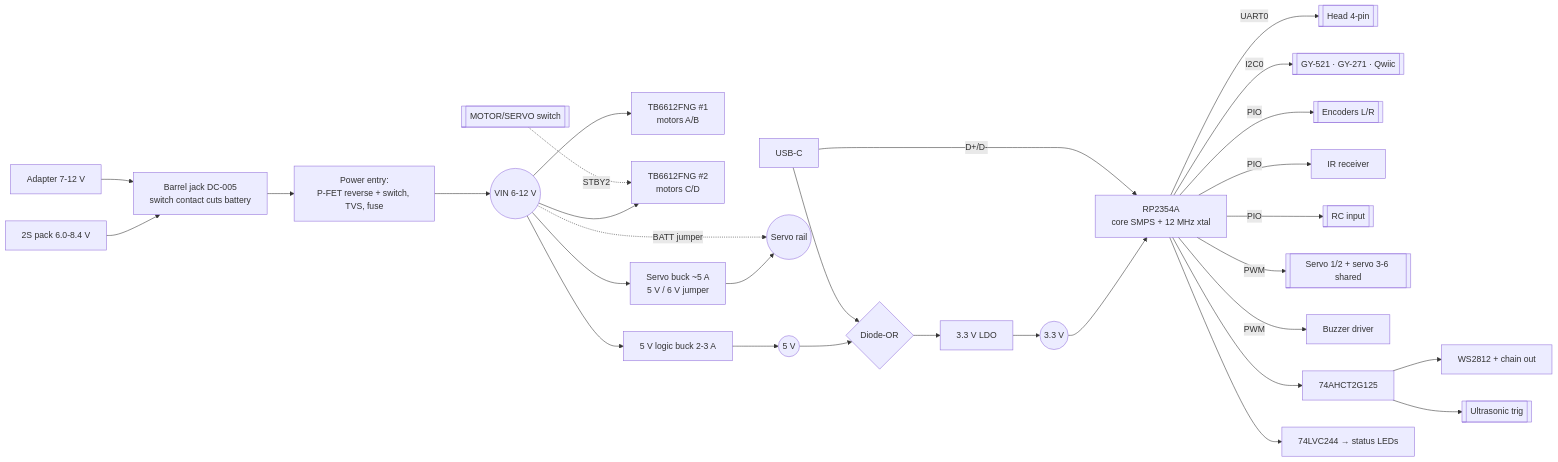
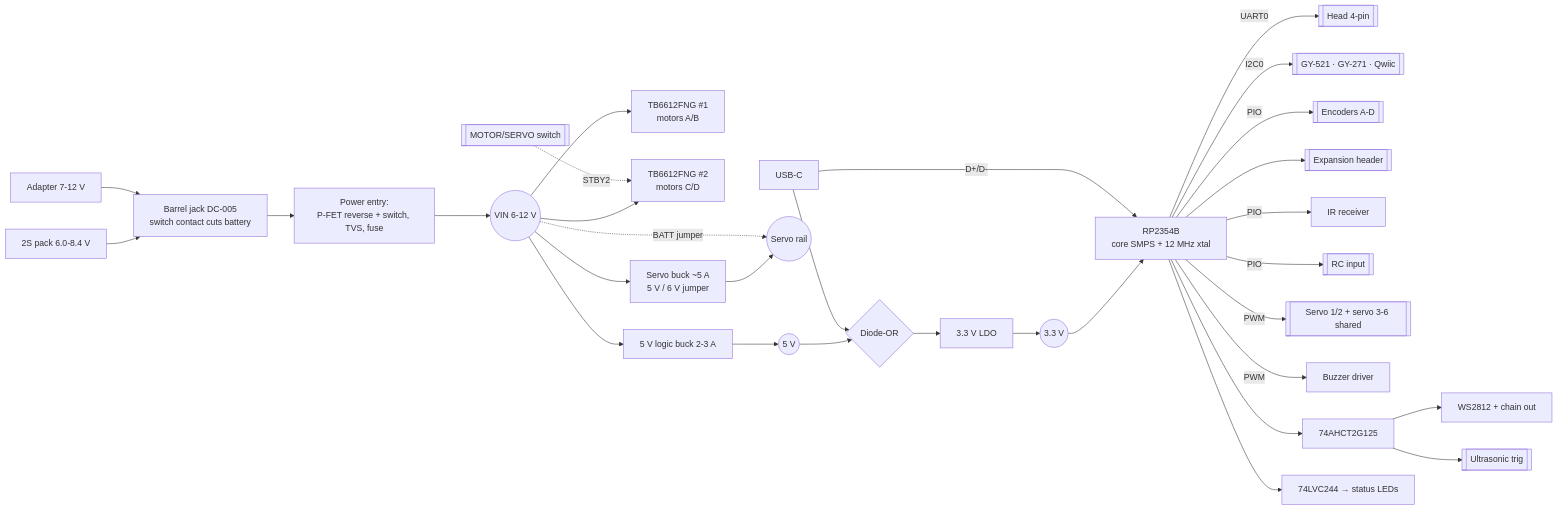
Before and after one commit to mannuray/conqueror: the first of 4 diagrams in docs/lld/base-board-lld.md, drawn with Mermaid. The commit also changed other lines of this file and 2 other files, not shown here.

Commit message:
docs(spec,lld): base board MCU RP2354B - 48 GPIO, 4 encoders, expansion header, ADC on GPIO 40-47

````diff
--- a/docs/lld/base-board-lld.md
+++ b/docs/lld/base-board-lld.md
@@ -21,30 +21,31 @@
 ```mermaid
 flowchart LR
   BAT[2S pack 6.0-8.4 V] --> JACK[Barrel jack DC-005<br/>switch contact cuts battery]
   ADP[Adapter 7-12 V] --> JACK
   JACK --> PWR[Power entry:<br/>P-FET reverse + switch, TVS, fuse]
   PWR --> VBAT((VIN 6-12 V))
   VBAT --> TB1[TB6612FNG #1<br/>motors A/B]
   VBAT --> TB2[TB6612FNG #2<br/>motors C/D]
   SW2[[MOTOR/SERVO switch]] -. STBY2 .-> TB2
   VBAT --> BUCK[5 V logic buck 2-3 A]
   BUCK --> V5((5 V))
   VBAT --> SBUCK[Servo buck ~5 A<br/>5 V / 6 V jumper]
   SBUCK --> V5S((Servo rail))
   VBAT -. BATT jumper .-> V5S
   V5 --> DOR{Diode-OR}
   USBC[USB-C] --> DOR
   DOR --> LDO[3.3 V LDO] --> V33((3.3 V))
-  V33 --> MCU[RP2354A<br/>core SMPS + 12 MHz xtal]
+  V33 --> MCU[RP2354B<br/>core SMPS + 12 MHz xtal]
   USBC -- D+/D- --> MCU
   MCU -- UART0 --> HEAD[[Head 4-pin]]
   MCU -- I2C0 --> I2C[[GY-521 · GY-271 · Qwiic]]
-  MCU -- PIO --> ENC[[Encoders L/R]]
+  MCU -- PIO --> ENC[[Encoders A-D]]
+  MCU --> EXP[[Expansion header]]
   MCU -- PIO --> IRX[IR receiver]
   MCU -- PIO --> RC[[RC input]]
   MCU -- PWM --> SRV[[Servo 1/2 + servo 3-6 shared]]
   MCU -- PWM --> BZ[Buzzer driver]
   MCU --> BUF[74AHCT2G125] --> WS[WS2812 + chain out]
   BUF --> US[[Ultrasonic trig]]
   MCU --> STAT[74LVC244 → status LEDs]
 ```
````
